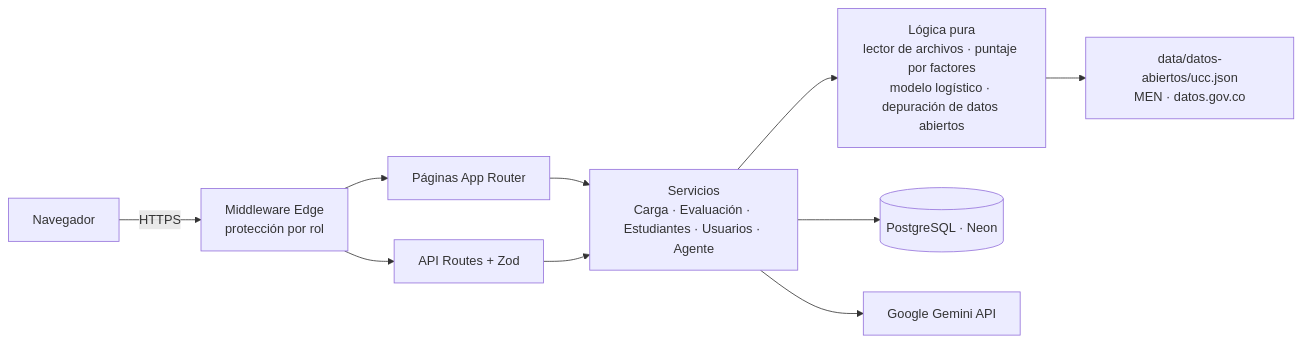
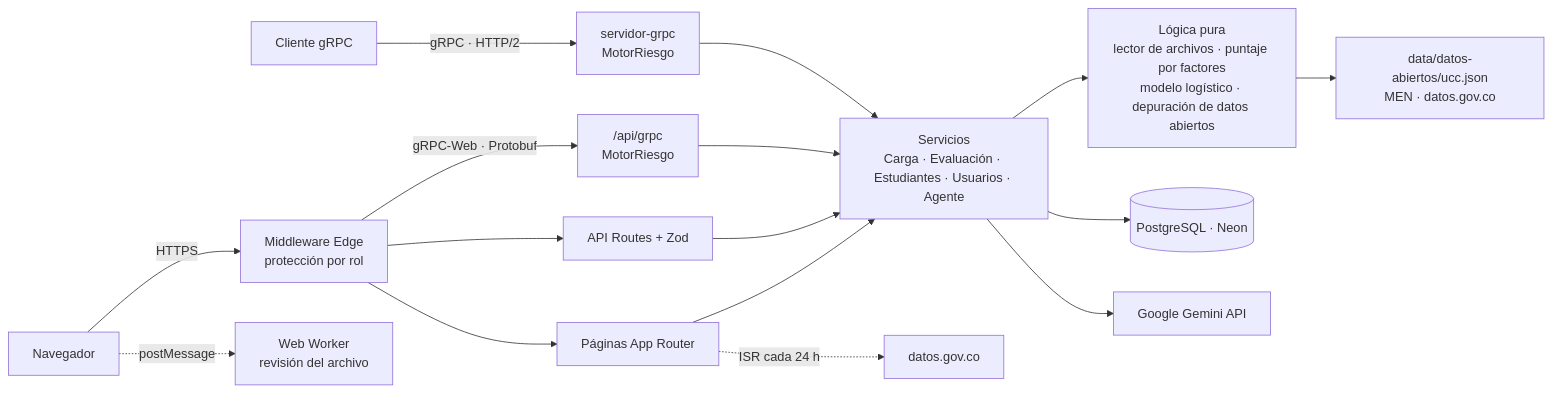
The diagram in README.md (Jhoan-Pd/DesercionUCC), drawn with Mermaid before and after one commit. The commit also changed other lines of this file, not shown here.

First line of the commit message:
docs: programación orientada a la web (rendering, gRPC y Web Worker) en el README

````diff
--- a/README.md
+++ b/README.md
@@ -130,12 +134,18 @@
 ```mermaid
 flowchart LR
     U[Navegador] -->|HTTPS| MW[Middleware Edge<br/>protección por rol]
     MW --> P[Páginas App Router]
     MW --> API[API Routes + Zod]
     P --> S[Servicios<br/>Carga · Evaluación · Estudiantes · Usuarios · Agente]
     API --> S
     S --> L[Lógica pura<br/>lector de archivos · puntaje por factores<br/>modelo logístico · depuración de datos abiertos]
     S --> DB[(PostgreSQL · Neon)]
     S --> G[Google Gemini API]
     L --> DA[data/datos-abiertos/ucc.json<br/>MEN · datos.gov.co]
+    MW -->|gRPC-Web · Protobuf| GW["/api/grpc<br/>MotorRiesgo"]
+    GW --> S
+    CLI[Cliente gRPC] -->|gRPC · HTTP/2| SG[servidor-grpc<br/>MotorRiesgo]
+    SG --> S
+    U -.->|postMessage| WW[Web Worker<br/>revisión del archivo]
+    P -.->|ISR cada 24 h| DGC[datos.gov.co]
 ```
````
